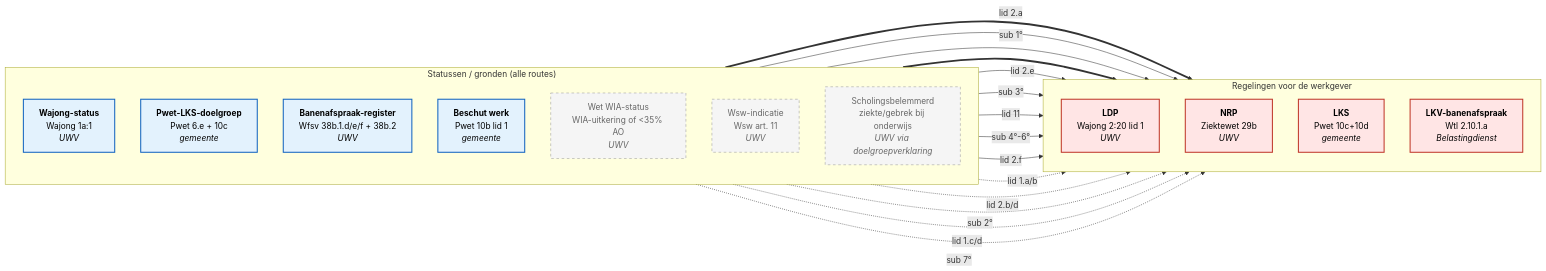
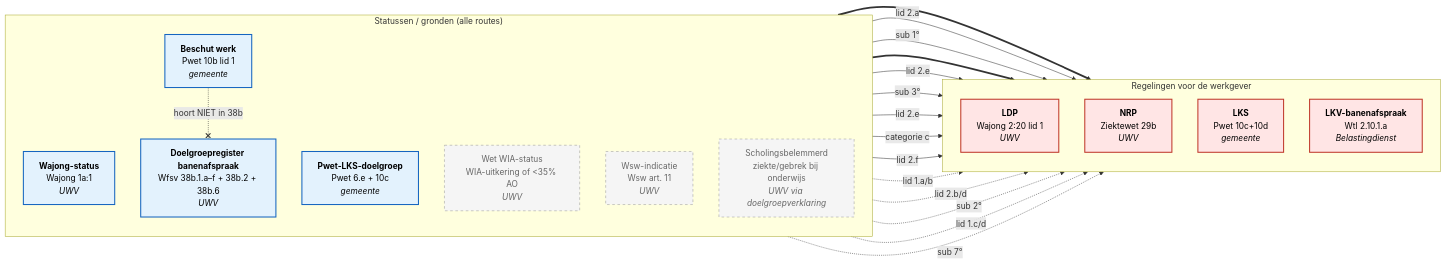
Before and after one commit to MinBZK/regelrecht: the diagram in docs/financieel-cv/stelsel-banenafspraak-geheel.mmd, drawn with Mermaid. The commit also changed 24 other files, not shown here.

```diff
--- a/docs/financieel-cv/stelsel-banenafspraak-geheel.mmd
+++ b/docs/financieel-cv/stelsel-banenafspraak-geheel.mmd
@@ -1,38 +1,39 @@
 flowchart LR
   classDef bron_in fill:#e3f2fd,stroke:#1565c0,stroke-width:2px,color:#000;
   classDef bron_uit fill:#f5f5f5,stroke:#999,stroke-dasharray: 5 5,color:#666;
   classDef kern fill:#ffe5e5,stroke:#c0392b,stroke-width:2px,color:#000;
 
   subgraph STATUSSEN["Statussen / gronden (alle routes)"]
     direction TB
     WAJ["<b>Wajong-status</b><br/>Wajong 1a:1<br/><i>UWV</i>"]:::bron_in
     PW["<b>Pwet-LKS-doelgroep</b><br/>Pwet 6.e + 10c<br/><i>gemeente</i>"]:::bron_in
-    BAN["<b>Banenafspraak-register</b><br/>Wfsv 38b.1.d/e/f + 38b.2<br/><i>UWV</i>"]:::bron_in
+    BAN["<b>Doelgroepregister banenafspraak</b><br/>Wfsv 38b.1.a&ndash;f + 38b.2 + 38b.6<br/><i>UWV</i>"]:::bron_in
     P10B["<b>Beschut werk</b><br/>Pwet 10b lid 1<br/><i>gemeente</i>"]:::bron_in
     WIA["Wet WIA-status<br/>WIA-uitkering of &lt;35% AO<br/><i>UWV</i>"]:::bron_uit
     WSW["Wsw-indicatie<br/>Wsw art. 11<br/><i>UWV</i>"]:::bron_uit
     SCH["Scholingsbelemmerd<br/>ziekte/gebrek bij onderwijs<br/><i>UWV via doelgroepverklaring</i>"]:::bron_uit
   end
 
   subgraph REGELINGEN["Regelingen voor de werkgever"]
     direction TB
     LDP["<b>LDP</b><br/>Wajong 2:20 lid 1<br/><i>UWV</i>"]:::kern
     NRP["<b>NRP</b><br/>Ziektewet 29b<br/><i>UWV</i>"]:::kern
     LKS["<b>LKS</b><br/>Pwet 10c+10d<br/><i>gemeente</i>"]:::kern
     LKV["<b>LKV-banenafspraak</b><br/>Wtl 2.10.1.a<br/><i>Belastingdienst</i>"]:::kern
   end
 
   WAJ ==> LDP
   WAJ -- "lid 2.a" --> NRP
   WAJ -- "sub 1&deg;" --> LKV
   PW ==> LKS
   PW -- "lid 2.e" --> NRP
   PW -- "sub 3&deg;" --> LKV
-  BAN -- "lid 11" --> NRP
-  BAN -- "sub 4&deg;-6&deg;" --> LKV
+  BAN -- "lid 2.e" --> NRP
+  BAN -- "categorie c" --> LKV
   P10B -- "lid 2.f" --> NRP
+  P10B -. "hoort NIET in 38b" .-x BAN
   WIA -. "lid 1.a/b" .-> NRP
   WSW -. "lid 2.b/d" .-> NRP
   WSW -. "sub 2&deg;" .-> LKV
   SCH -. "lid 1.c/d" .-> NRP
   SCH -. "sub 7&deg;" .-> LKV
```
